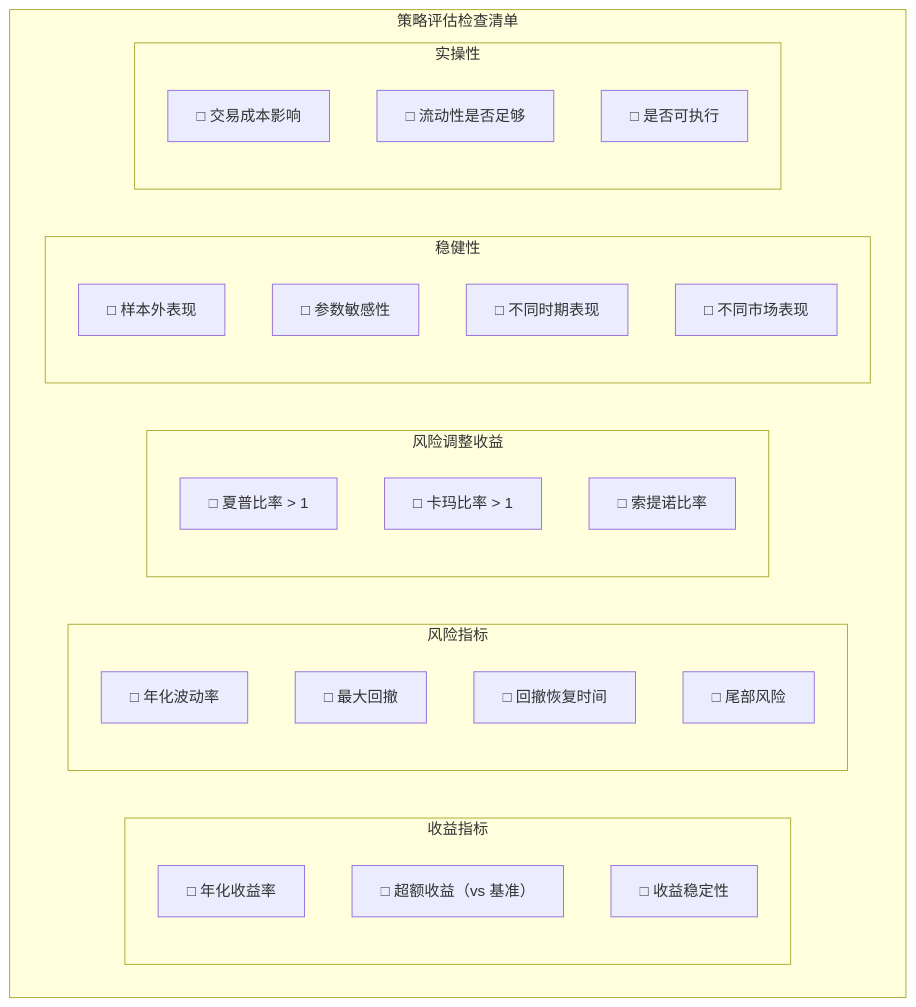
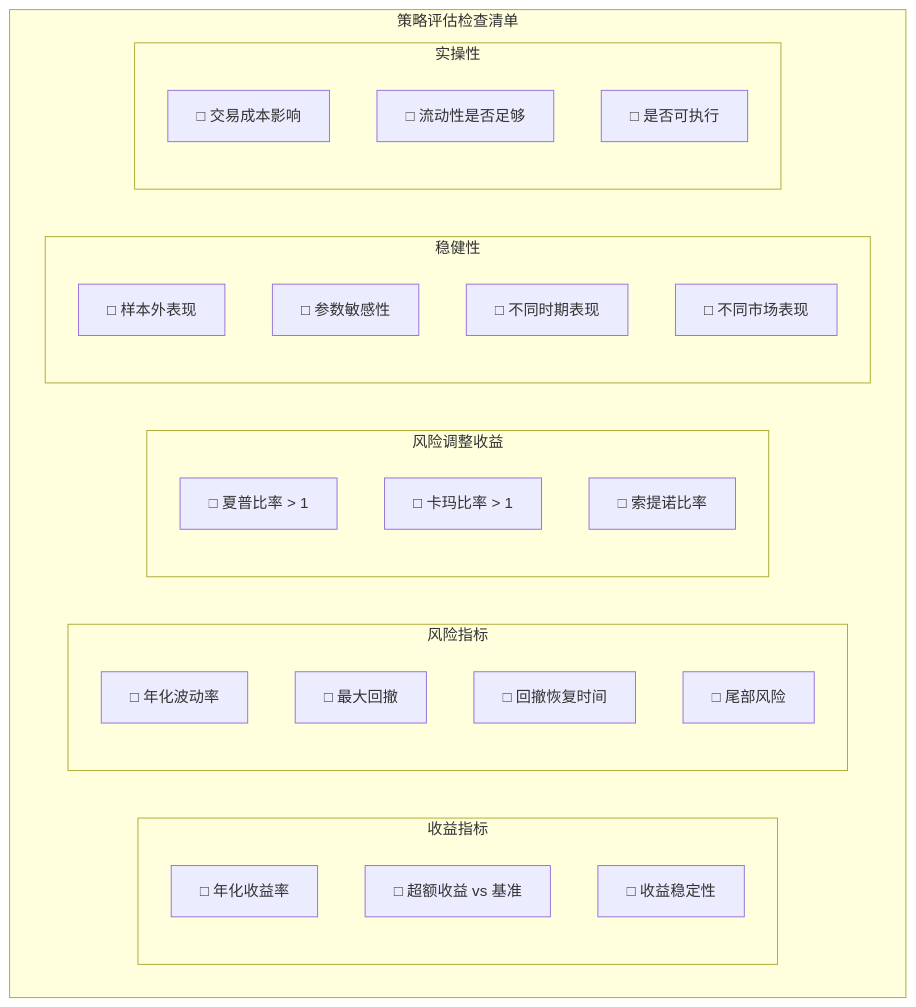
Diagram 16 of 17 in content/articles/quant/quant-05-个人量化常用策略详解.md (jpixy/jpixy.github.io), drawn with Mermaid before and after one commit. The commit also changed other lines of this file and 66 other files, not shown here.

Commit message:
fix: resolve Mermaid syntax errors by removing parentheses in node labels

````diff
--- a/content/articles/quant/quant-05-个人量化常用策略详解.md
+++ b/content/articles/quant/quant-05-个人量化常用策略详解.md
@@ -504,32 +504,32 @@
 ```mermaid
 graph TB
     subgraph 评估清单["策略评估检查清单"]
         subgraph 收益指标
             R1["□ 年化收益率"]
-            R2["□ 超额收益（vs 基准）"]
+            R2["□ 超额收益 vs 基准"]
             R3["□ 收益稳定性"]
         end
         subgraph 风险指标
             F1["□ 年化波动率"]
             F2["□ 最大回撤"]
             F3["□ 回撤恢复时间"]
             F4["□ 尾部风险"]
         end
         subgraph 风险调整收益
             S1["□ 夏普比率 > 1"]
             S2["□ 卡玛比率 > 1"]
             S3["□ 索提诺比率"]
         end
         subgraph 稳健性
             W1["□ 样本外表现"]
             W2["□ 参数敏感性"]
             W3["□ 不同时期表现"]
             W4["□ 不同市场表现"]
         end
         subgraph 实操性
             C1["□ 交易成本影响"]
             C2["□ 流动性是否足够"]
             C3["□ 是否可执行"]
         end
     end
 ```
````
